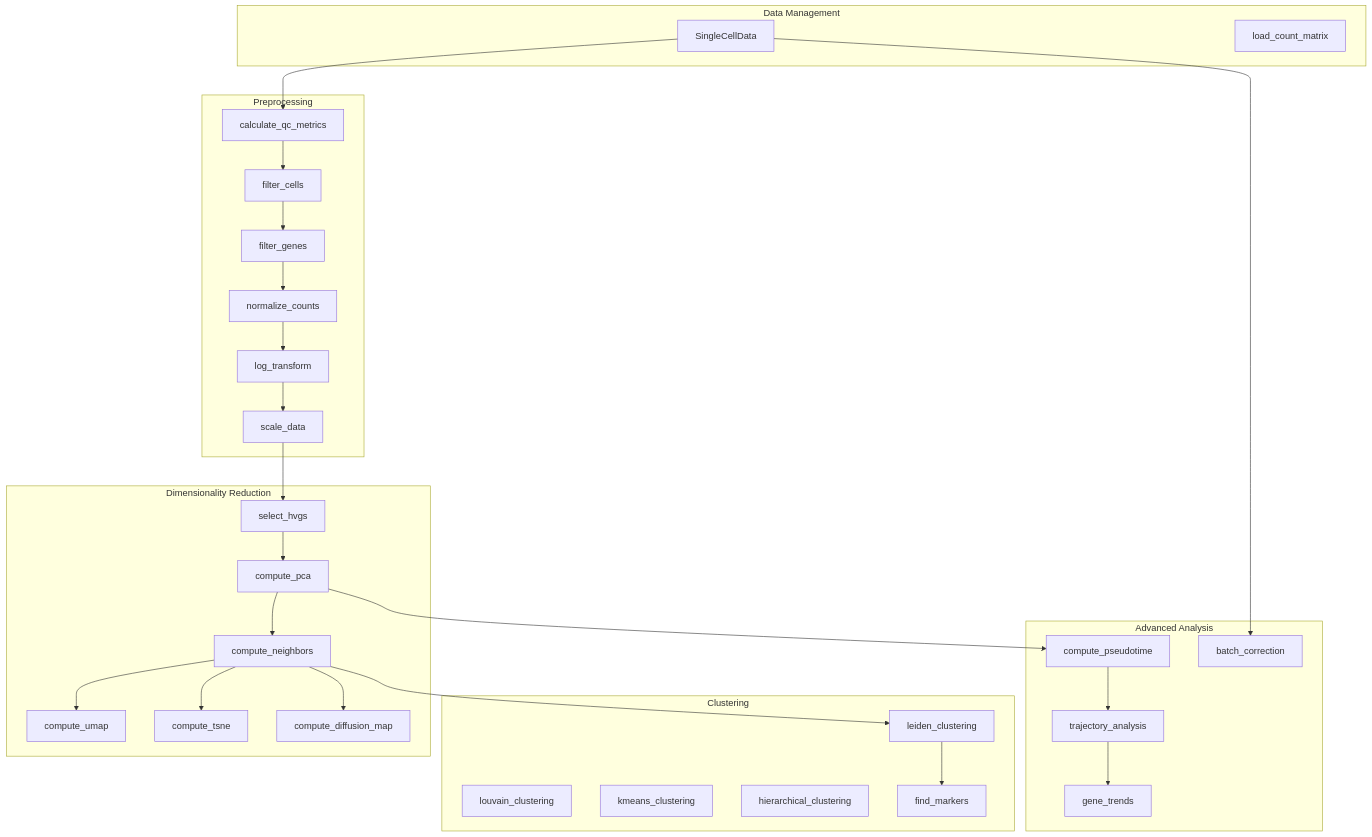
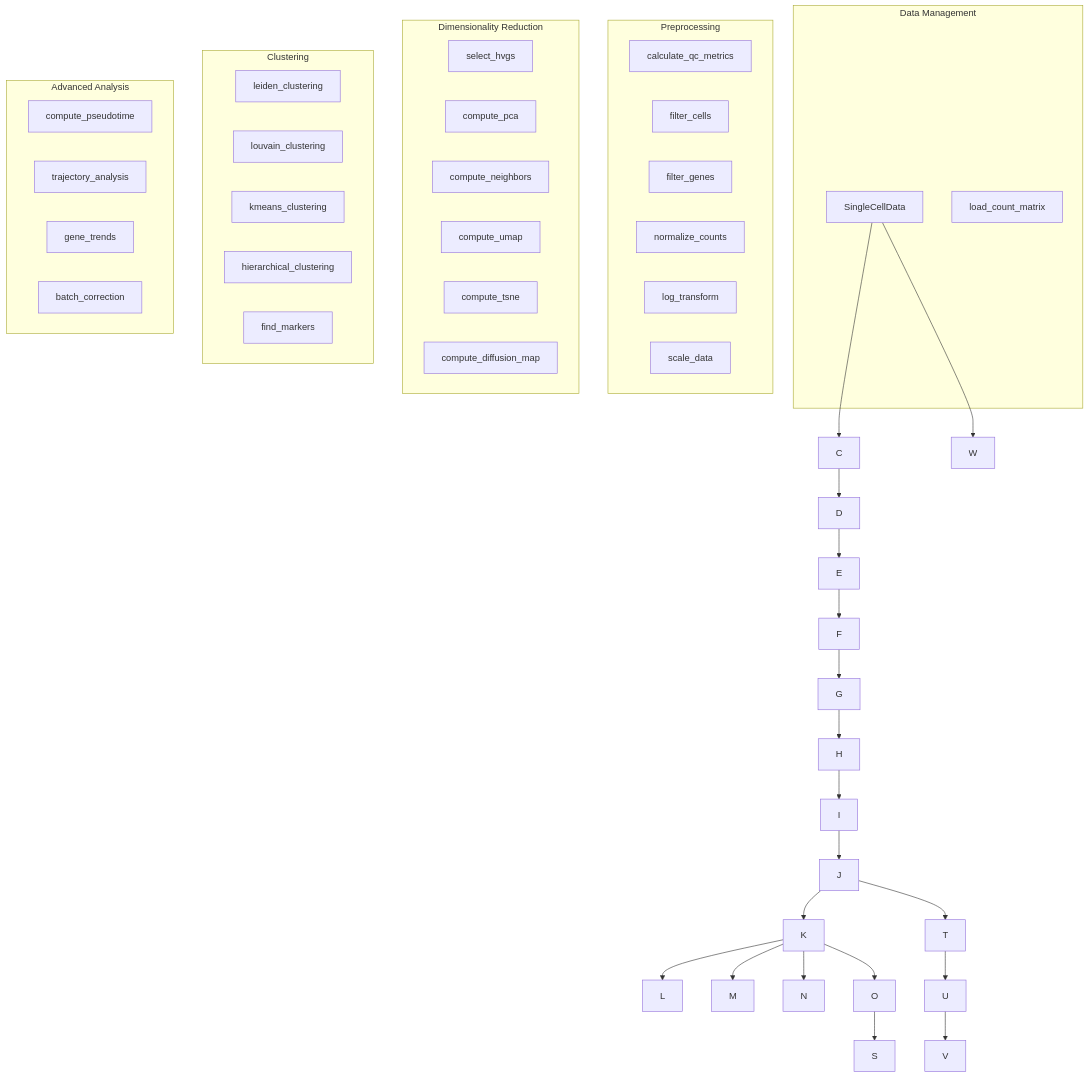
The diagram in docs/singlecell/index.md (docxology/MetaInformAnt), drawn with Mermaid before and after one commit. The commit also changed 611 other files, not shown here.

````diff
--- a/docs/singlecell/index.md
+++ b/docs/singlecell/index.md
@@ -19,59 +19,59 @@
 ```mermaid
 flowchart TB
-  subgraph Data[Data Management]
+  subgraph DatadataManagement[Data Management]
     A[SingleCellData]
-    B[load_count_matrix]
+    BloadCountMatrix[load_count_matrix]
   end
   
   subgraph Preprocessing
-    C[calculate_qc_metrics]
-    D[filter_cells]
-    E[filter_genes]
-    F[normalize_counts]
-    G[log_transform]
-    H[scale_data]
+    CcalculateQcMetrics[calculate_qc_metrics]
+    DfilterCells[filter_cells]
+    EfilterGenes[filter_genes]
+    FnormalizeCounts[normalize_counts]
+    GlogTransform[log_transform]
+    HscaleData[scale_data]
   end
   
-  subgraph Dimensionality[Dimensionality Reduction]
-    I[select_hvgs]
-    J[compute_pca]
-    K[compute_neighbors]
-    L[compute_umap]
-    M[compute_tsne]
-    N[compute_diffusion_map]
+  subgraph DimensionalitydimensionalityReduction[Dimensionality Reduction]
+    IselectHvgs[select_hvgs]
+    JcomputePca[compute_pca]
+    KcomputeNeighbors[compute_neighbors]
+    LcomputeUmap[compute_umap]
+    McomputeTsne[compute_tsne]
+    NcomputeDiffusionMap[compute_diffusion_map]
   end
   
   subgraph Clustering
-    O[leiden_clustering]
-    P[louvain_clustering]
-    Q[kmeans_clustering]
-    R[hierarchical_clustering]
-    S[find_markers]
+    OleidenClustering[leiden_clustering]
+    PlouvainClustering[louvain_clustering]
+    QkmeansClustering[kmeans_clustering]
+    RhierarchicalClustering[hierarchical_clustering]
+    SfindMarkers[find_markers]
   end
   
-  subgraph Analysis[Advanced Analysis]
-    T[compute_pseudotime]
-    U[trajectory_analysis]
-    V[gene_trends]
-    W[batch_correction]
+  subgraph AnalysisadvancedAnalysis[Advanced Analysis]
+    TcomputePseudotime[compute_pseudotime]
+    UtrajectoryAnalysis[trajectory_analysis]
+    VgeneTrends[gene_trends]
+    WbatchCorrection[batch_correction]
   end
   
   A --> C
   C --> D
   D --> E
   E --> F
   F --> G
   G --> H
   H --> I
   I --> J
   J --> K
   K --> L
   K --> M
   K --> N
   K --> O
   O --> S
   J --> T
   T --> U
   U --> V
   A --> W
 ```
````
